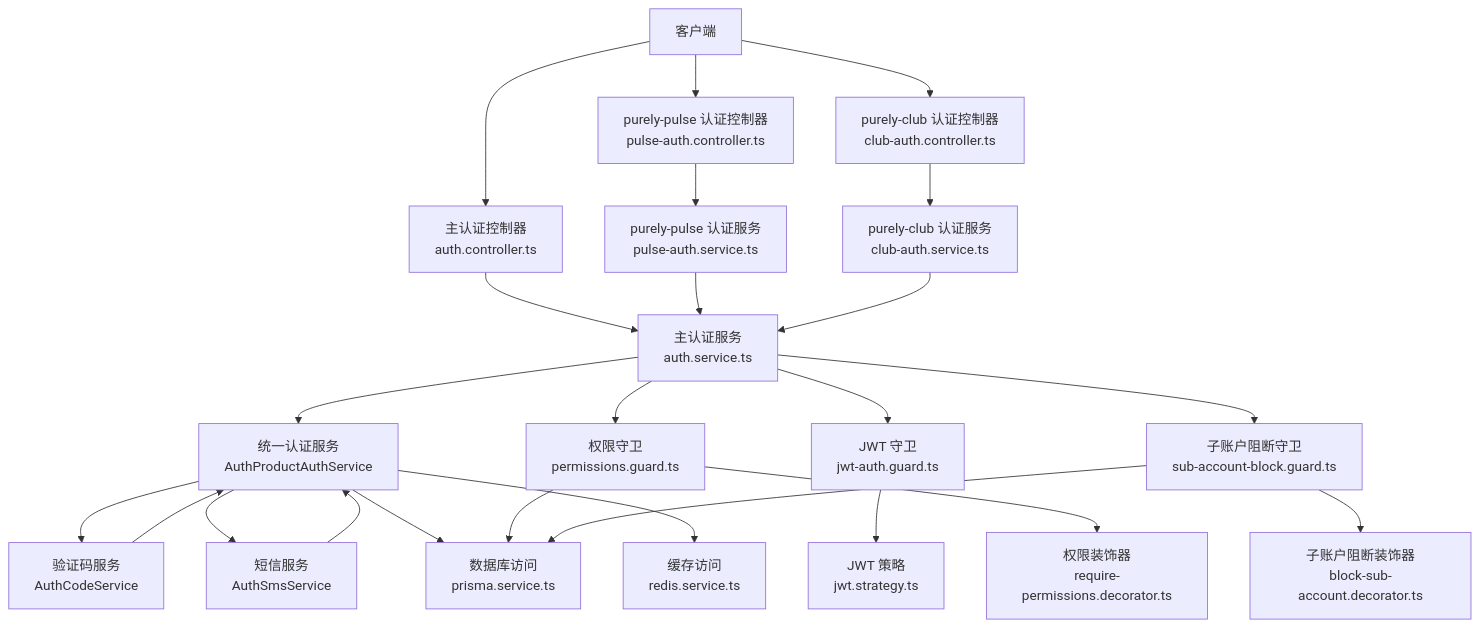
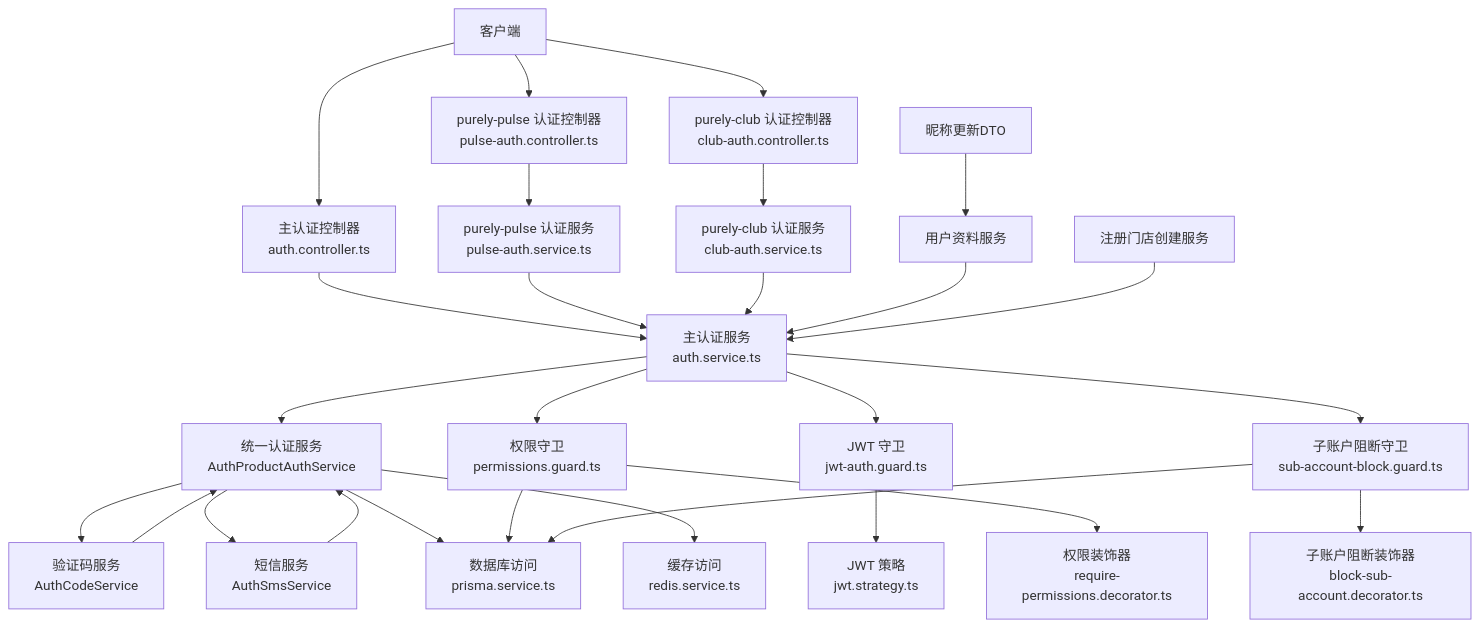
The second of 15 diagrams in .qoder/repowiki/zh/content/认证授权系统/认证授权系统.md (rc558620/purelyprofit-server), drawn with Mermaid before and after one commit. The commit also changed other lines of this file and 16 other files, not shown here.

````diff
--- a/.qoder/repowiki/zh/content/认证授权系统/认证授权系统.md
+++ b/.qoder/repowiki/zh/content/认证授权系统/认证授权系统.md
@@ -214,26 +239,29 @@
 ```mermaid
 graph TB
 Client["客户端"] --> MainAPI["主认证控制器<br/>auth.controller.ts"]
 Client --> ClubAPI["purely-club 认证控制器<br/>club-auth.controller.ts"]
 Client --> PulseAPI["purely-pulse 认证控制器<br/>pulse-auth.controller.ts"]
 MainAPI --> MainAuthSvc["主认证服务<br/>auth.service.ts"]
 ClubAPI --> ClubAuthSvc["purely-club 认证服务<br/>club-auth.service.ts"]
 PulseAPI --> PulseAuthSvc["purely-pulse 认证服务<br/>pulse-auth.service.ts"]
 PulseAuthSvc --> MainAuthSvc
 MainAuthSvc --> UnifiedAuth["统一认证服务<br/>AuthProductAuthService"]
 UnifiedAuth --> CodeSvc["验证码服务<br/>AuthCodeService"]
 UnifiedAuth --> SmsSvc["短信服务<br/>AuthSmsService"]
 MainAuthSvc --> JwtGuard["JWT 守卫<br/>jwt-auth.guard.ts"]
 JwtGuard --> JwtStrategy["JWT 策略<br/>jwt.strategy.ts"]
 MainAuthSvc --> PermGuard["权限守卫<br/>permissions.guard.ts"]
 PermGuard --> Decorators["权限装饰器<br/>require-permissions.decorator.ts"]
 MainAuthSvc --> SubAccBlock["子账户阻断守卫<br/>sub-account-block.guard.ts"]
 SubAccBlock --> SubAccDecorators["子账户阻断装饰器<br/>block-sub-account.decorator.ts"]
 ClubAuthSvc --> MainAuthSvc
 UnifiedAuth --> Prisma["数据库访问<br/>prisma.service.ts"]
 UnifiedAuth --> Redis["缓存访问<br/>redis.service.ts"]
 SmsSvc --> UnifiedAuth
 CodeSvc --> UnifiedAuth
 PermGuard --> Prisma
 SubAccBlock --> Prisma
+UPS["用户资料服务"] --> MainAuthSvc
+ARS["注册门店创建服务"] --> MainAuthSvc
+URNS["昵称更新DTO"] --> UPS
 ```
````
